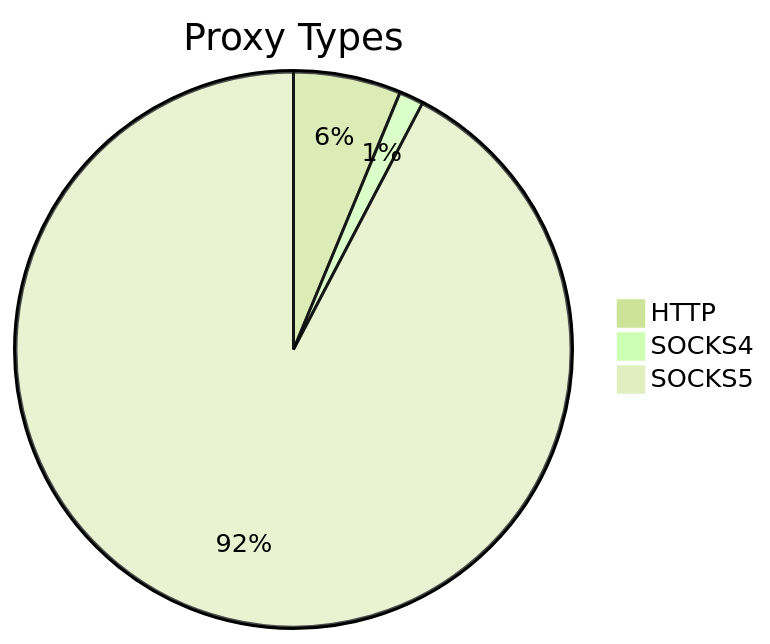
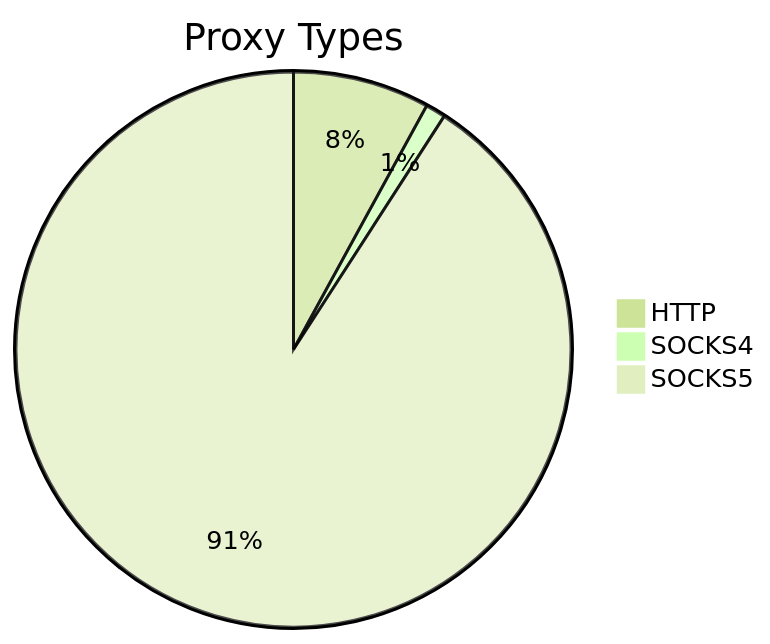
Before and after one commit to stormsia/proxy-list: the first of 2 diagrams in README.md, drawn with Mermaid (forest theme). The commit also changed other lines of this file, not shown here.

````diff
--- a/README.md
+++ b/README.md
@@ -21,6 +21,6 @@
 ```mermaid
 pie title Proxy Types
-    "HTTP" : 401
-    "SOCKS4" : 91
-    "SOCKS5" : 5916
+    "HTTP" : 462
+    "SOCKS4" : 68
+    "SOCKS5" : 5275
 ```
````
